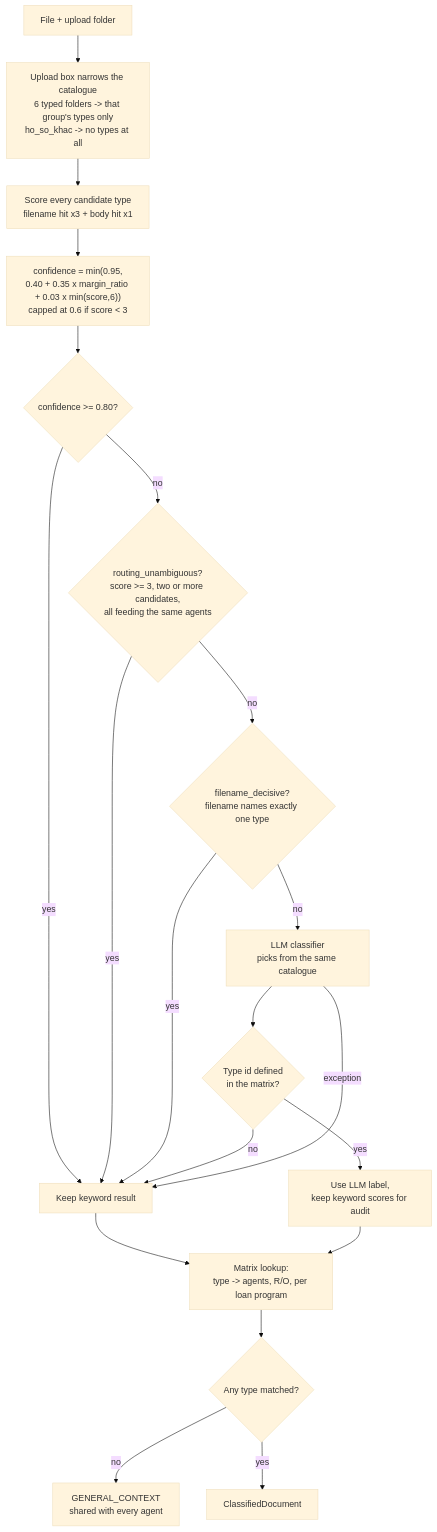
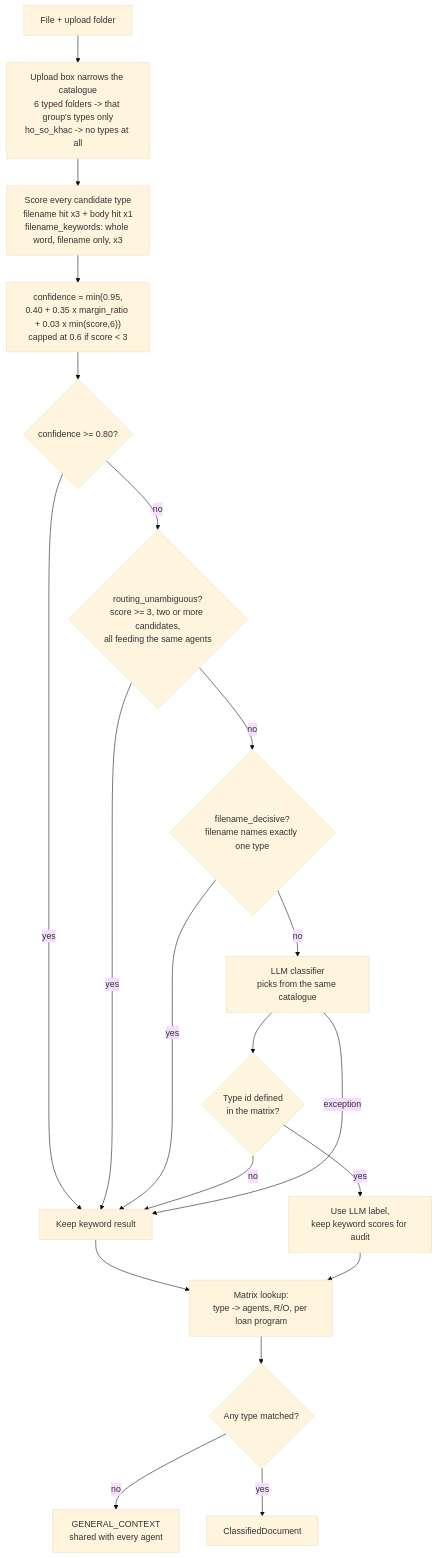
The sixth of 11 diagrams in docs/technical-solution.md (hodongtu/SME-creditmemo-multi-agent), drawn with Mermaid (base theme) before and after one commit. The commit also changed 5 other files, not shown here.

````diff
--- a/docs/technical-solution.md
+++ b/docs/technical-solution.md
@@ -441,22 +441,22 @@
 ```mermaid
 flowchart TD
     A["File + upload folder"] --> B["Upload box narrows the catalogue<br/>6 typed folders -> that group's types only<br/>ho_so_khac -> no types at all"]
-    B --> C["Score every candidate type<br/>filename hit x3 + body hit x1"]
+    B --> C["Score every candidate type<br/>filename hit x3 + body hit x1<br/>filename_keywords: whole word, filename only, x3"]
     C --> D["confidence = min(0.95,<br/>0.40 + 0.35 x margin_ratio + 0.03 x min(score,6))<br/>capped at 0.6 if score &lt; 3"]
     D --> E{"confidence >= 0.80?"}
     E -->|yes| K["Keep keyword result"]
     E -->|no| F{"routing_unambiguous?<br/>score >= 3, two or more candidates,<br/>all feeding the same agents"}
     F -->|yes| K
     F -->|no| G{"filename_decisive?<br/>filename names exactly one type"}
     G -->|yes| K
     G -->|no| H["LLM classifier<br/>picks from the same catalogue"]
     H --> I{"Type id defined<br/>in the matrix?"}
     I -->|no| K
     I -->|yes| J["Use LLM label,<br/>keep keyword scores for audit"]
     H -->|exception| K
     K --> L["Matrix lookup:<br/>type -> agents, R/O, per loan program"]
     J --> L
     L --> M{"Any type matched?"}
     M -->|no| N["GENERAL_CONTEXT<br/>shared with every agent"]
     M -->|yes| O["ClassifiedDocument"]
 ```
````
